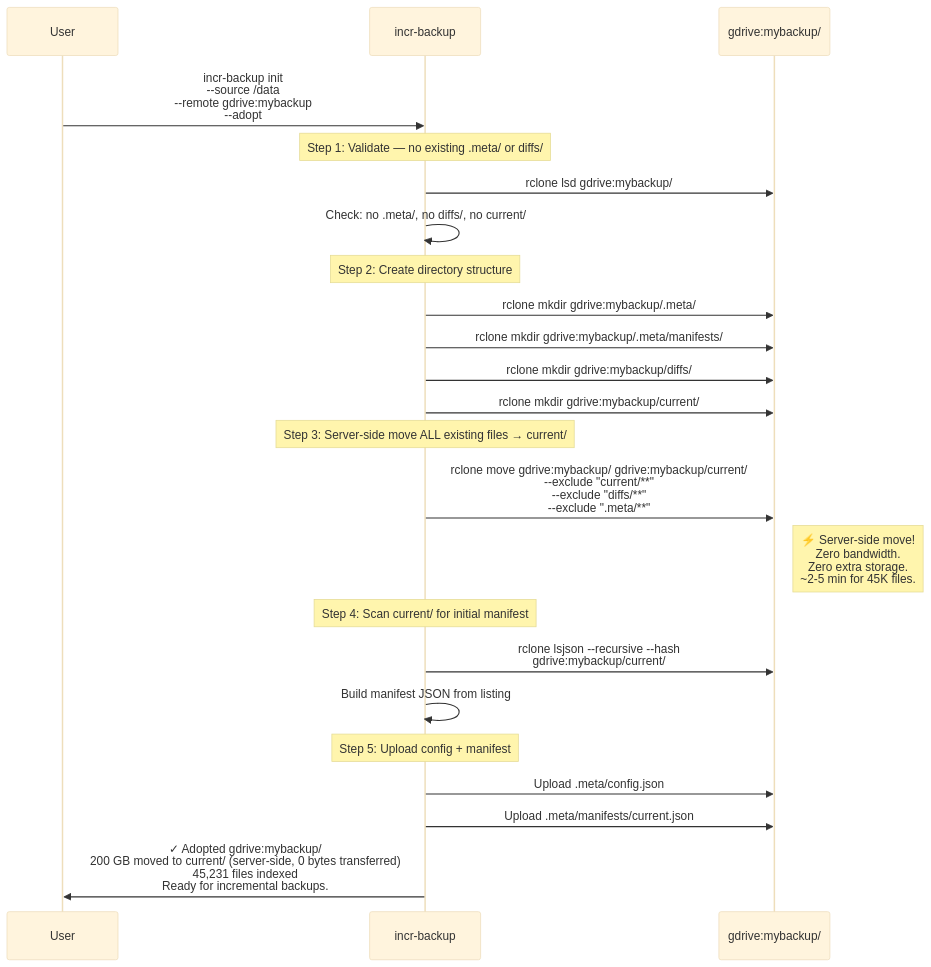
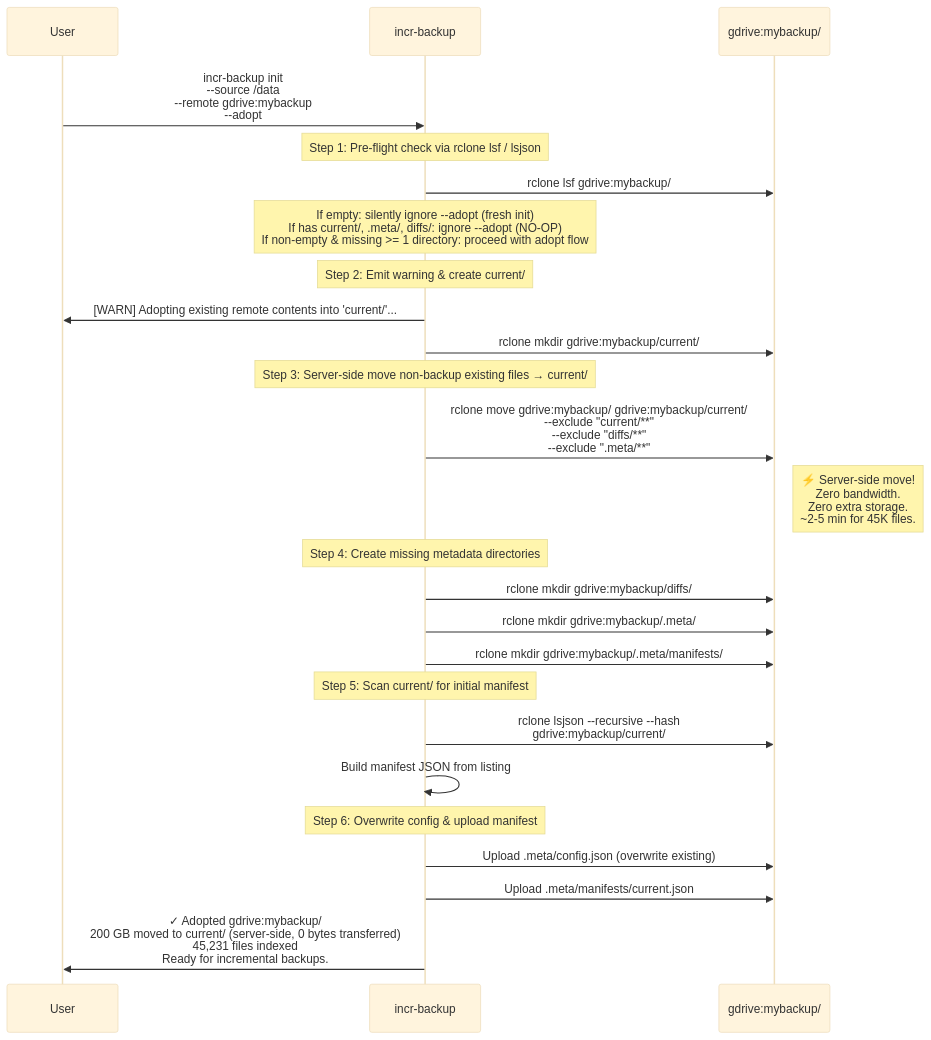
One commit to shabeer/incr_backup changed the second of 4 diagrams in docs/IMPLEMENTATION_PLAN.md. Above: the diagram before and after it, drawn with Mermaid (base theme). The commit also changed other lines of this file and 6 other files, not shown here.

First line of the commit message:
feat(init): clarify remote state scenarios and adopt behavior

````diff
--- a/docs/IMPLEMENTATION_PLAN.md
+++ b/docs/IMPLEMENTATION_PLAN.md
@@ -161,32 +161,35 @@
 ```mermaid
 sequenceDiagram
     participant U as User
     participant T as incr-backup
     participant R as gdrive:mybackup/
 
     U->>T: incr-backup init<br/>--source /data<br/>--remote gdrive:mybackup<br/>--adopt
 
-    Note over T: Step 1: Validate — no existing .meta/ or diffs/
-    T->>R: rclone lsd gdrive:mybackup/
-    T->>T: Check: no .meta/, no diffs/, no current/
+    Note over T: Step 1: Pre-flight check via rclone lsf / lsjson
+    T->>R: rclone lsf gdrive:mybackup/
+    Note over T: If empty: silently ignore --adopt (fresh init)<br/>If has current/, .meta/, diffs/: ignore --adopt (NO-OP)<br/>If non-empty & missing >= 1 directory: proceed with adopt flow
 
-    Note over T: Step 2: Create directory structure
-    T->>R: rclone mkdir gdrive:mybackup/.meta/
-    T->>R: rclone mkdir gdrive:mybackup/.meta/manifests/
-    T->>R: rclone mkdir gdrive:mybackup/diffs/
+    Note over T: Step 2: Emit warning & create current/
+    T->>U: [WARN] Adopting existing remote contents into 'current/'...
     T->>R: rclone mkdir gdrive:mybackup/current/
 
-    Note over T: Step 3: Server-side move ALL existing files → current/
+    Note over T: Step 3: Server-side move non-backup existing files → current/
     T->>R: rclone move gdrive:mybackup/ gdrive:mybackup/current/<br/>--exclude "current/**"<br/>--exclude "diffs/**"<br/>--exclude ".meta/**"
     Note right of R: ⚡ Server-side move!<br/>Zero bandwidth.<br/>Zero extra storage.<br/>~2-5 min for 45K files.
 
-    Note over T: Step 4: Scan current/ for initial manifest
+    Note over T: Step 4: Create missing metadata directories
+    T->>R: rclone mkdir gdrive:mybackup/diffs/
+    T->>R: rclone mkdir gdrive:mybackup/.meta/
+    T->>R: rclone mkdir gdrive:mybackup/.meta/manifests/
+
+    Note over T: Step 5: Scan current/ for initial manifest
     T->>R: rclone lsjson --recursive --hash<br/>gdrive:mybackup/current/
     T->>T: Build manifest JSON from listing
 
-    Note over T: Step 5: Upload config + manifest
-    T->>R: Upload .meta/config.json
+    Note over T: Step 6: Overwrite config & upload manifest
+    T->>R: Upload .meta/config.json (overwrite existing)
     T->>R: Upload .meta/manifests/current.json
 
     T->>U: ✓ Adopted gdrive:mybackup/<br/>  200 GB moved to current/ (server-side, 0 bytes transferred)<br/>  45,231 files indexed<br/>  Ready for incremental backups.
 ```
````
